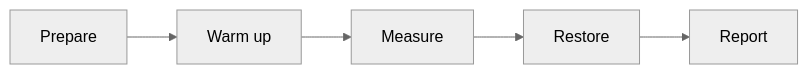
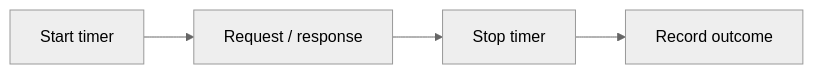
The second of 2 diagrams in docs/testplan/gnmi-benchmark-design.md (sonic-net/sonic-mgmt), drawn with Mermaid (neutral theme) before and after one commit. The commit also changed other lines of this file, not shown here.

````diff
--- a/docs/testplan/gnmi-benchmark-design.md
+++ b/docs/testplan/gnmi-benchmark-design.md
@@ -15,4 +71,4 @@
 ```mermaid
 flowchart LR
-    Prepare --> Warmup["Warm up"] --> Measure --> Restore --> Report
+    Start["Start timer"] --> Call["Request / response"] --> Stop["Stop timer"] --> Record["Record outcome"]
 ```
````
